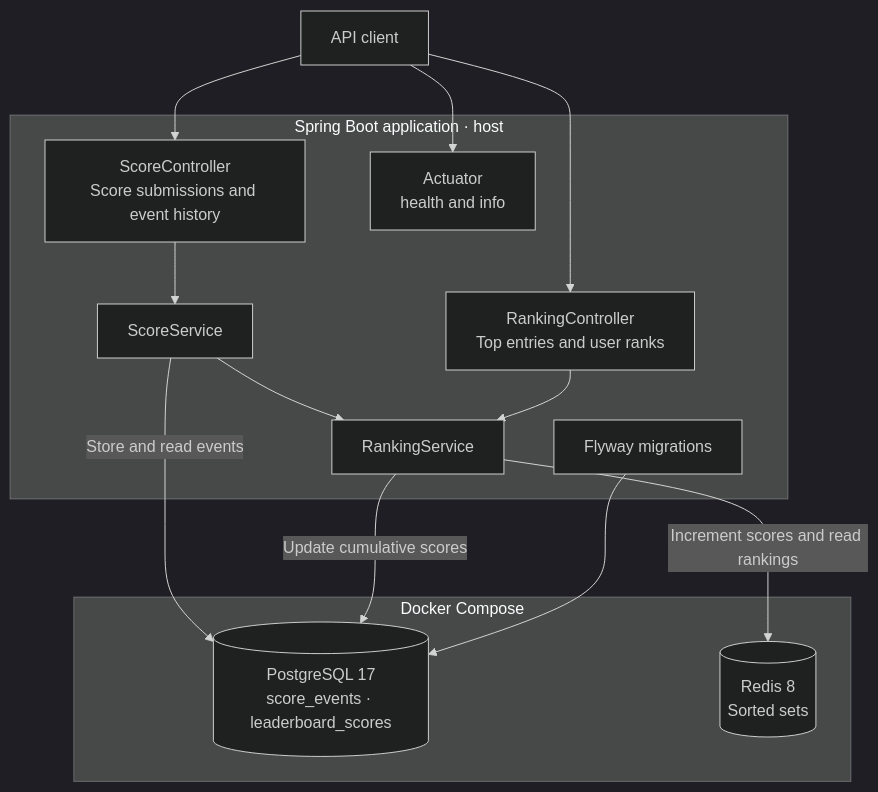
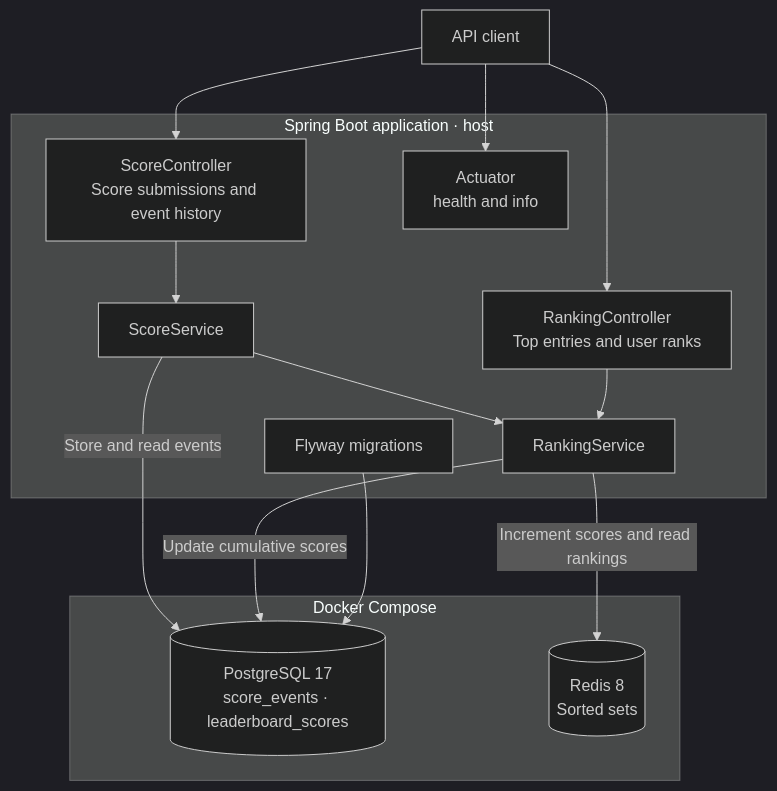
One commit to MaleevFedor/leaderboard-service changed the diagram in README.md. Above: the diagram before and after it, drawn with Mermaid (dark theme). The commit also changed other lines of this file, not shown here.

````diff
--- a/README.md
+++ b/README.md
@@ -35,24 +35,24 @@
 ```mermaid
 flowchart TB
     client["API client"] --> scoreApi["ScoreController<br/>Score submissions and event history"]
     client --> rankingApi["RankingController<br/>Top entries and user ranks"]
 
     subgraph app["Spring Boot application · host"]
+        flyway["Flyway migrations"]
         scoreApi --> scoreService["ScoreService"]
         scoreService --> rankingService["RankingService"]
         rankingApi --> rankingService
-        flyway["Flyway migrations"]
         actuator["Actuator<br/>health and info"]
     end
 
     subgraph infrastructure["Docker Compose"]
         postgres[("PostgreSQL 17<br/>score_events · leaderboard_scores")]
         redis[("Redis 8<br/>Sorted sets")]
     end
 
     scoreService -->|"Store and read events"| postgres
     rankingService -->|"Update cumulative scores"| postgres
     rankingService -->|"Increment scores and read rankings"| redis
     flyway --> postgres
     client --> actuator
 ```
````
